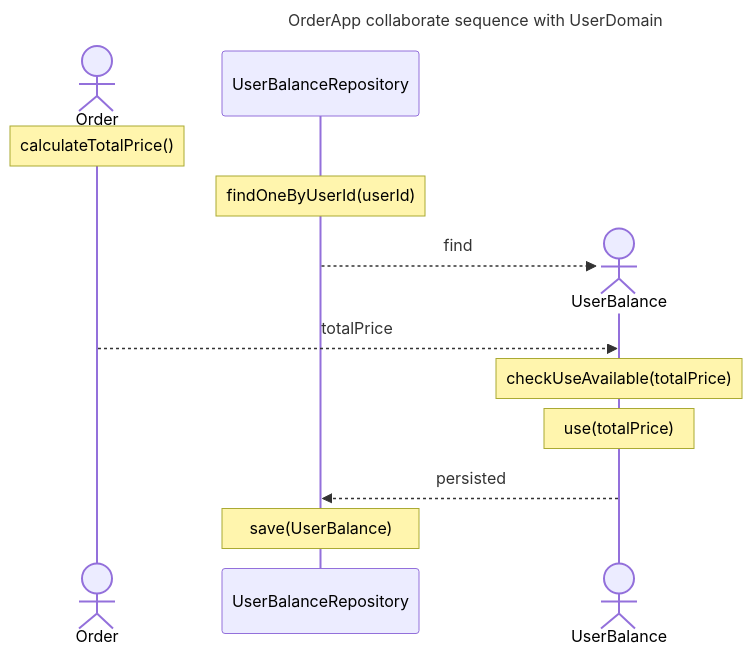
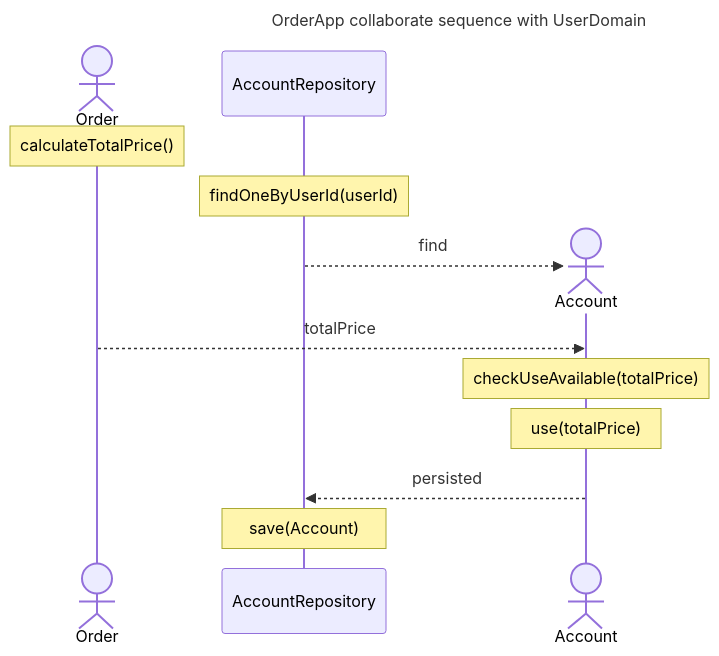
Before and after one commit to newbieJanghan/hh_plus_server: the third of 4 diagrams in docs/api/orders.md, drawn with Mermaid. The commit also changed other lines of this file and 23 other files, not shown here.

Commit message:
Chore: rename balance to account

````diff
--- a/docs/api/orders.md
+++ b/docs/api/orders.md
@@ -169,18 +169,18 @@
 ```mermaid
 ---
 title: OrderApp collaborate sequence with UserDomain 
 ---
 sequenceDiagram
     actor Order
     note over Order: calculateTotalPrice()
 #
-    note over UserBalanceRepository: findOneByUserId(userId)
-    create actor UserBalance
-    UserBalanceRepository -->> UserBalance: find
+    note over AccountRepository: findOneByUserId(userId)
+    create actor Account
+    AccountRepository -->> Account: find
 #
-    Order -->> UserBalance: totalPrice
-    note over UserBalance: checkUseAvailable(totalPrice)
-    note over UserBalance: use(totalPrice)
-    UserBalance -->> UserBalanceRepository: persisted
-    note over UserBalanceRepository: save(UserBalance)
+    Order -->> Account: totalPrice
+    note over Account: checkUseAvailable(totalPrice)
+    note over Account: use(totalPrice)
+    Account -->> AccountRepository: persisted
+    note over AccountRepository: save(Account)
 ```
````
